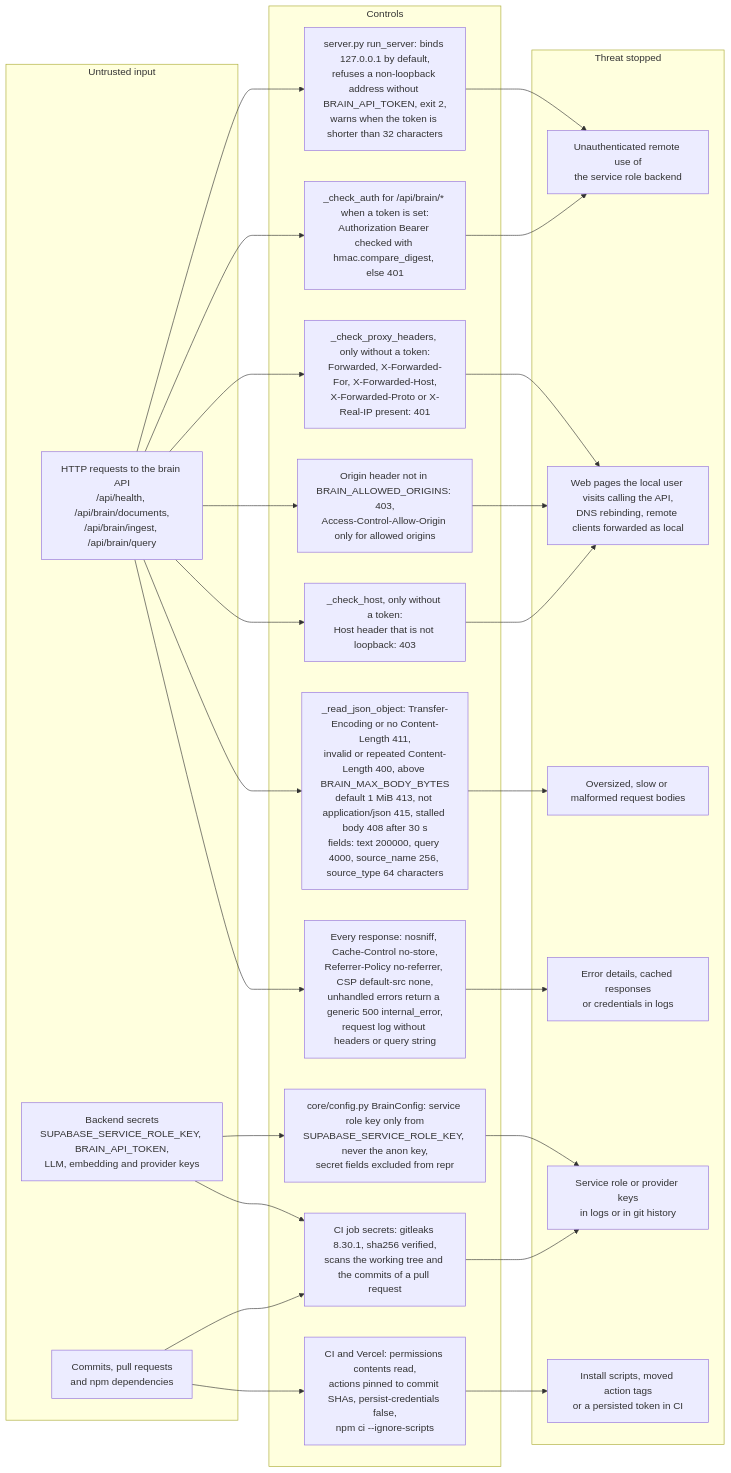
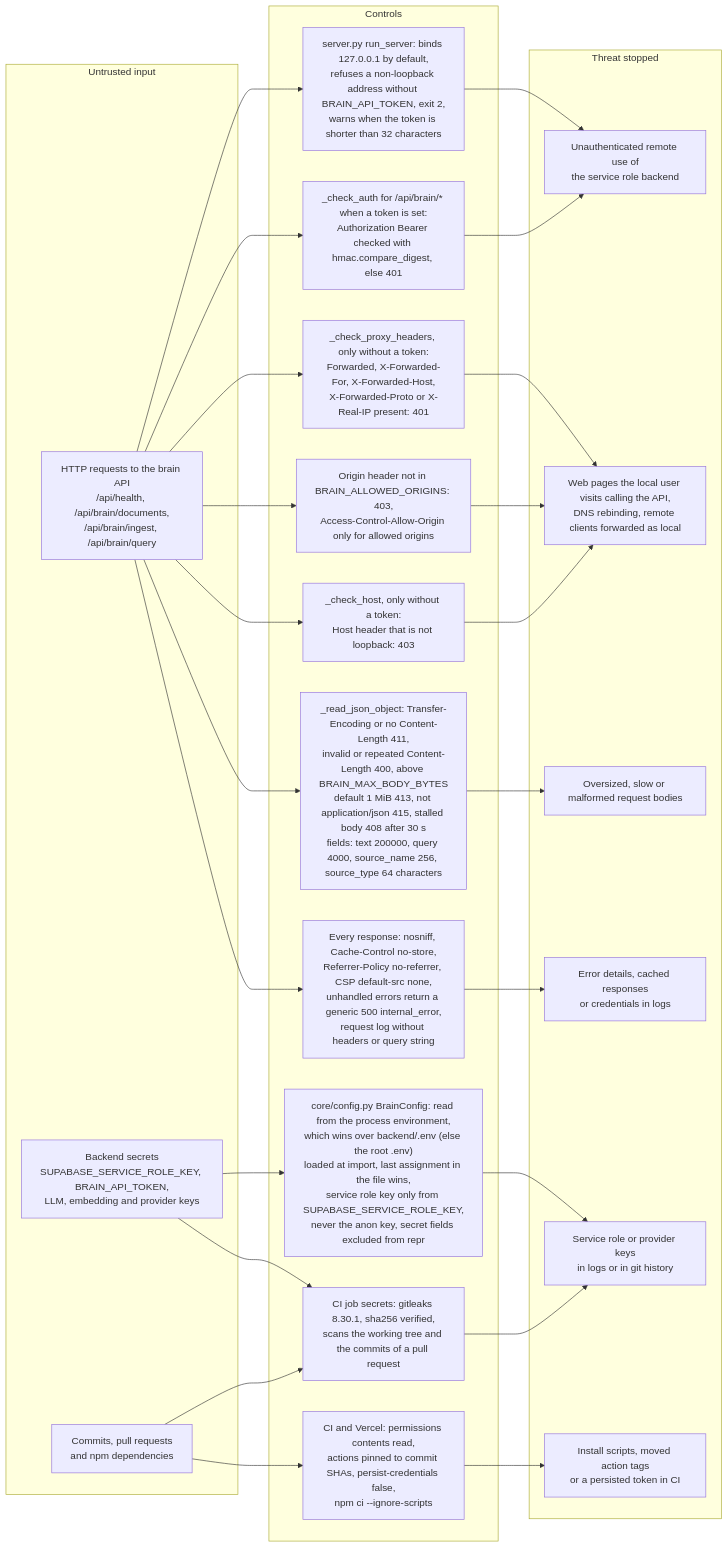
One commit to umutcantezgel-cpu/Starpi changed the third of 3 diagrams in SECURITY.md. Above: the diagram before and after it, drawn with Mermaid. The commit also changed other lines of this file and 5 other files, not shown here.

First line of the commit message:
docs: update the diagrams for the settings, reconnect, chat and backend fixes

````diff
--- a/SECURITY.md
+++ b/SECURITY.md
@@ -201,52 +201,52 @@
 ```mermaid
 flowchart LR
     subgraph sg_in["Untrusted input"]
         iReq["HTTP requests to the brain API<br/>/api/health, /api/brain/documents,<br/>/api/brain/ingest, /api/brain/query"]
         iSecret["Backend secrets<br/>SUPABASE_SERVICE_ROLE_KEY, BRAIN_API_TOKEN,<br/>LLM, embedding and provider keys"]
         iRepo["Commits, pull requests<br/>and npm dependencies"]
     end
 
     subgraph sg_ctl["Controls"]
         cBind["server.py run_server: binds 127.0.0.1 by default,<br/>refuses a non-loopback address without BRAIN_API_TOKEN, exit 2,<br/>warns when the token is shorter than 32 characters"]
         cProxy["_check_proxy_headers, only without a token:<br/>Forwarded, X-Forwarded-For, X-Forwarded-Host,<br/>X-Forwarded-Proto or X-Real-IP present: 401"]
         cOrigin["Origin header not in BRAIN_ALLOWED_ORIGINS: 403,<br/>Access-Control-Allow-Origin only for allowed origins"]
         cHost["_check_host, only without a token:<br/>Host header that is not loopback: 403"]
         cAuth["_check_auth for /api/brain/* when a token is set:<br/>Authorization Bearer checked with hmac.compare_digest, else 401"]
         cBody["_read_json_object: Transfer-Encoding or no Content-Length 411,<br/>invalid or repeated Content-Length 400, above BRAIN_MAX_BODY_BYTES<br/>default 1 MiB 413, not application/json 415, stalled body 408 after 30 s<br/>fields: text 200000, query 4000, source_name 256, source_type 64 characters"]
         cResp["Every response: nosniff, Cache-Control no-store,<br/>Referrer-Policy no-referrer, CSP default-src none,<br/>unhandled errors return a generic 500 internal_error,<br/>request log without headers or query string"]
-        cCfg["core/config.py BrainConfig: service role key only from<br/>SUPABASE_SERVICE_ROLE_KEY, never the anon key,<br/>secret fields excluded from repr"]
+        cCfg["core/config.py BrainConfig: read from the process environment,<br/>which wins over backend/.env (else the root .env)<br/>loaded at import, last assignment in the file wins,<br/>service role key only from SUPABASE_SERVICE_ROLE_KEY,<br/>never the anon key, secret fields excluded from repr"]
         cLeaks["CI job secrets: gitleaks 8.30.1, sha256 verified,<br/>scans the working tree and the commits of a pull request"]
         cSupply["CI and Vercel: permissions contents read,<br/>actions pinned to commit SHAs, persist-credentials false,<br/>npm ci --ignore-scripts"]
     end
 
     subgraph sg_thr["Threat stopped"]
         tRemote["Unauthenticated remote use of<br/>the service role backend"]
         tRebind["Web pages the local user visits calling the API,<br/>DNS rebinding, remote clients forwarded as local"]
         tAbuse["Oversized, slow or malformed request bodies"]
         tInfo["Error details, cached responses<br/>or credentials in logs"]
         tKeys["Service role or provider keys<br/>in logs or in git history"]
         tSupply["Install scripts, moved action tags<br/>or a persisted token in CI"]
     end
 
     iReq --> cBind
     iReq --> cProxy
     iReq --> cOrigin
     iReq --> cHost
     iReq --> cAuth
     iReq --> cBody
     iReq --> cResp
     cBind --> tRemote
     cAuth --> tRemote
     cProxy --> tRebind
     cOrigin --> tRebind
     cHost --> tRebind
     cBody --> tAbuse
     cResp --> tInfo
     iSecret --> cCfg
     iSecret --> cLeaks
     iRepo --> cLeaks
     iRepo --> cSupply
     cCfg --> tKeys
     cLeaks --> tKeys
     cSupply --> tSupply
 ```
````
